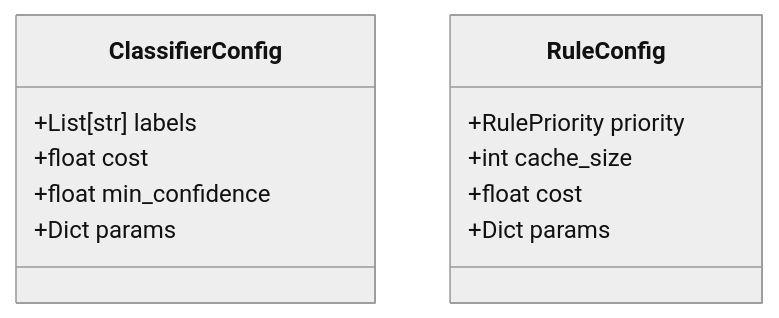
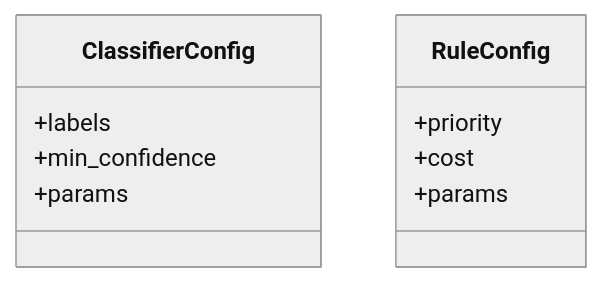
One commit to sifaka-ai/sifaka changed the second of 2 diagrams in README.md. Above: the diagram before and after it, drawn with Mermaid (neutral theme). The commit also changed other lines of this file, not shown here.

````diff
--- a/README.md
+++ b/README.md
@@ -235,16 +218,14 @@
 ```mermaid
 classDiagram
     class ClassifierConfig {
-        +List[str] labels
-        +float cost
-        +float min_confidence
-        +Dict params
+        +labels
+        +min_confidence
+        +params
     }
 
     class RuleConfig {
-        +RulePriority priority
-        +int cache_size
-        +float cost
-        +Dict params
+        +priority
+        +cost
+        +params
     }
 ```
````
